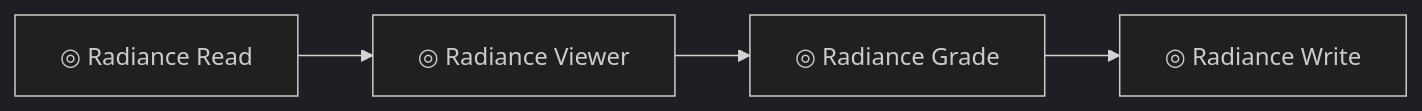
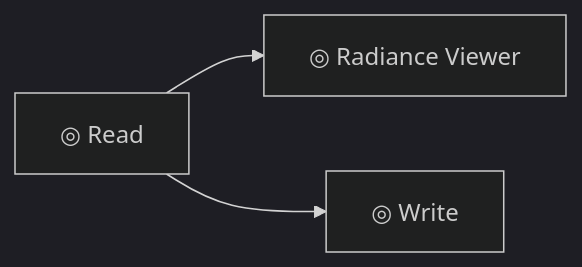
Before and after one commit to fxtdstudios/radiance-beta: the first of 3 diagrams in docs/quickstart.md, drawn with Mermaid (dark theme). The commit also changed other lines of this file and 23 other files, not shown here.

````diff
--- a/docs/quickstart.md
+++ b/docs/quickstart.md
@@ -32,6 +102,5 @@
 ```mermaid
 flowchart LR
-    A["◎ Radiance Read"] --> B["◎ Radiance Viewer"]
-    B --> C["◎ Radiance Grade"]
-    C --> D["◎ Radiance Write"]
+    A["◎ Read"] --> B["◎ Radiance Viewer"]
+    A --> C["◎ Write"]
 ```
````
